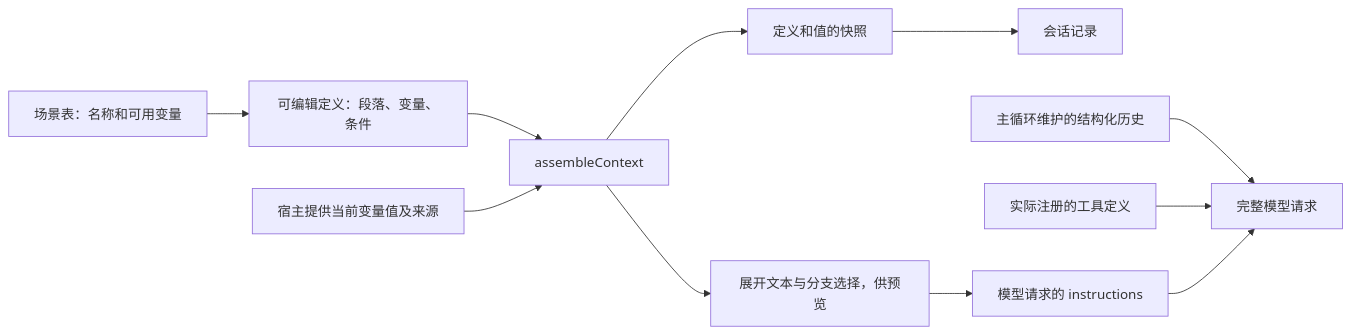
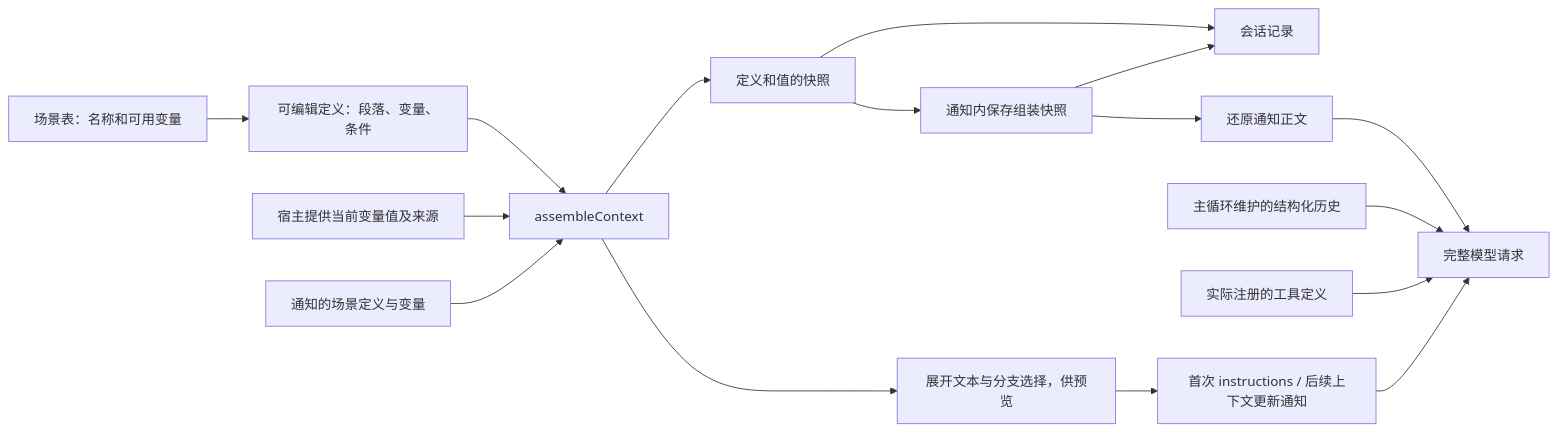
Before and after one commit to sainner/Kite: the diagram in docs/harness-上下文组装.md, drawn with Mermaid. The commit also changed other lines of this file and 170 other files, not shown here.

````diff
--- a/docs/harness-上下文组装.md
+++ b/docs/harness-上下文组装.md
@@ -22,13 +26,18 @@
 ```mermaid
 flowchart LR
   C[场景表：名称和可用变量] --> D
   D[可编辑定义：段落、变量、条件] --> A[assembleContext]
   V[宿主提供当前变量值及来源] --> A
   A --> P[展开文本与分支选择，供预览]
   A --> S[定义和值的快照]
   S --> J[会话记录]
-  P --> R[模型请求的 instructions]
+  P --> R[首次 instructions / 后续上下文更新通知]
+  N[通知的场景定义与变量] --> A
+  S --> NS[通知内保存组装快照]
+  NS --> J
+  NS --> NR[还原通知正文]
+  NR --> RQ
   H[主循环维护的结构化历史] --> RQ[完整模型请求]
   T[实际注册的工具定义] --> RQ
   R --> RQ
 ```
````
